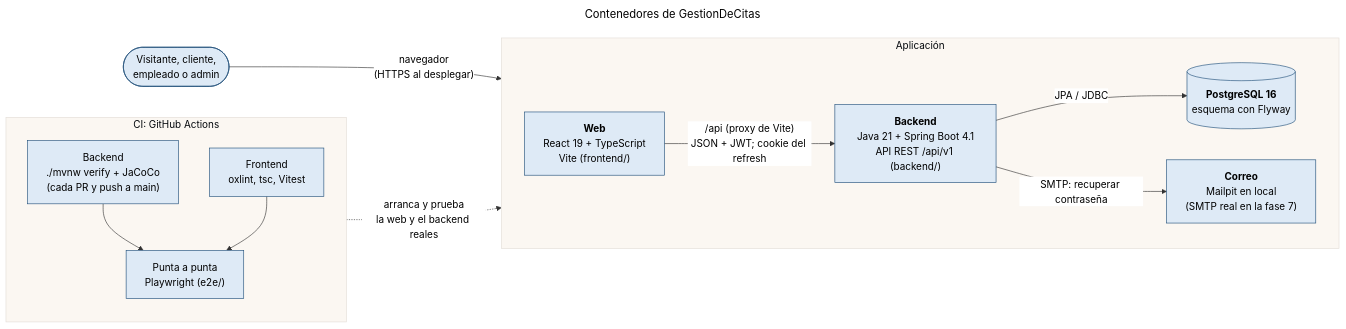
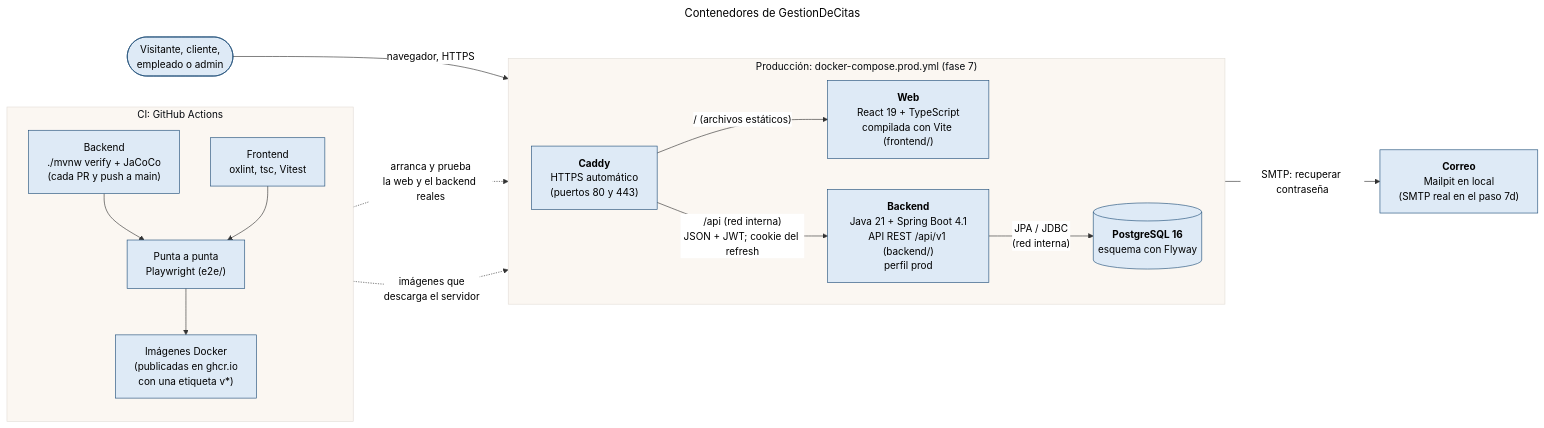
The diagram in docs/diagramas/Contenedores.mmd (josedfc20/gestion-de-citas), drawn with Mermaid before and after one commit. The commit also changed 24 other files, not shown here.

First line of the commit message:
feat: imágenes Docker y Compose de producción (7a)

```diff
--- a/docs/diagramas/Contenedores.mmd
+++ b/docs/diagramas/Contenedores.mmd
@@ -1,29 +1,35 @@
 ---
 title: Contenedores de GestionDeCitas
 ---
 %%{init: {"theme": "base", "themeVariables": {"primaryColor": "#DEEAF6", "primaryBorderColor": "#1F4E79", "primaryTextColor": "#000000", "lineColor": "#333333", "fontFamily": "Arial", "edgeLabelBackground": "#ffffff"}}}%%
 flowchart LR
     usuario(["Visitante, cliente,<br/>empleado o admin"])
 
-    subgraph local["Aplicación"]
+    subgraph prod["Producción: docker-compose.prod.yml (fase 7)"]
         direction LR
-        web["<b>Web</b><br/>React 19 + TypeScript<br/>Vite (frontend/)"]
-        api["<b>Backend</b><br/>Java 21 + Spring Boot 4.1<br/>API REST /api/v1 (backend/)"]
+        caddy["<b>Caddy</b><br/>HTTPS automático<br/>(puertos 80 y 443)"]
+        web["<b>Web</b><br/>React 19 + TypeScript<br/>compilada con Vite (frontend/)"]
+        api["<b>Backend</b><br/>Java 21 + Spring Boot 4.1<br/>API REST /api/v1 (backend/)<br/>perfil prod"]
         bd[("<b>PostgreSQL 16</b><br/>esquema con Flyway")]
-        correo["<b>Correo</b><br/>Mailpit en local<br/>(SMTP real en la fase 7)"]
     end
+
+    correo["<b>Correo</b><br/>Mailpit en local<br/>(SMTP real en el paso 7d)"]
 
     subgraph ci["CI: GitHub Actions"]
         direction TB
         j1["Backend<br/>./mvnw verify + JaCoCo<br/>(cada PR y push a main)"]
         j2["Frontend<br/>oxlint, tsc, Vitest"]
         j3["Punta a punta<br/>Playwright (e2e/)"]
+        j4["Imágenes Docker<br/>(publicadas en ghcr.io<br/>con una etiqueta v*)"]
         j1 --> j3
         j2 --> j3
+        j3 --> j4
     end
 
-    usuario -- "navegador<br/>(HTTPS al desplegar)" --> web
-    web -- "/api (proxy de Vite)<br/>JSON + JWT; cookie del refresh" --> api
-    api -- "JPA / JDBC" --> bd
+    usuario -- "navegador, HTTPS" --> caddy
+    caddy -- "/ (archivos estáticos)" --> web
+    caddy -- "/api (red interna)<br/>JSON + JWT; cookie del refresh" --> api
+    api -- "JPA / JDBC<br/>(red interna)" --> bd
     api -- "SMTP: recuperar contraseña" --> correo
     j3 -. "arranca y prueba<br/>la web y el backend reales" .-> web
+    j4 -. "imágenes que<br/>descarga el servidor" .-> prod
```
